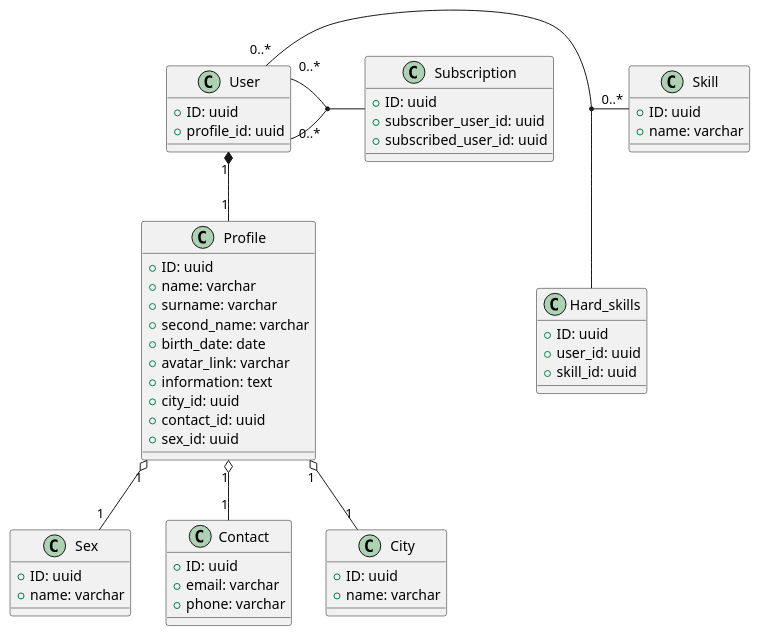
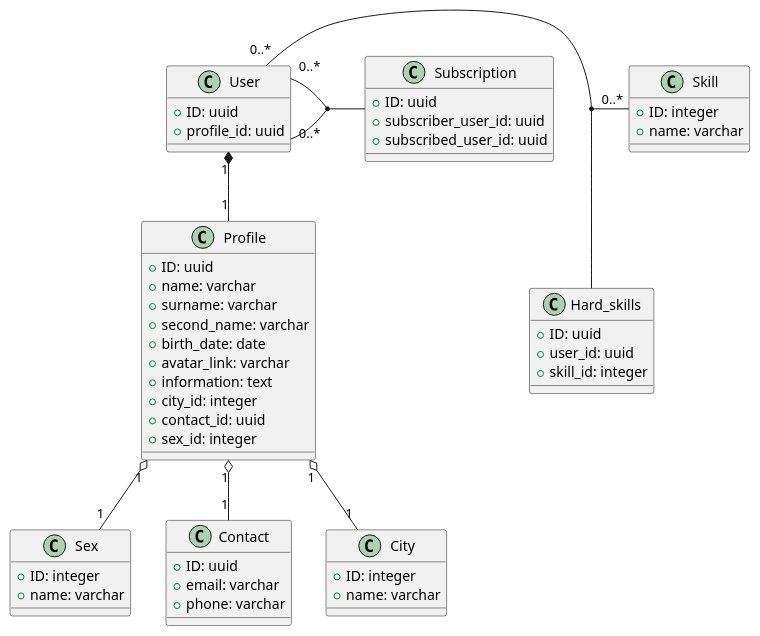
Before and after one commit to yamangulov/skillbox-simple-microservice: the diagram in domain.plantuml, drawn with PlantUML. The commit also changed 1 other file, not shown here.

```diff
--- a/domain.plantuml
+++ b/domain.plantuml
@@ -1,71 +1,71 @@
 @startuml
 
 class User {
   +ID: uuid
   +profile_id: uuid
 }
 
 class Profile {
   +ID: uuid
   +name: varchar
   +surname: varchar
   +second_name: varchar
   +birth_date: date
   +avatar_link: varchar
   +information: text
-  +city_id: uuid
+  +city_id: integer
   +contact_id: uuid
-  +sex_id: uuid
+  +sex_id: integer
 }
 
 class Sex {
-  +ID: uuid
+  +ID: integer
   +name: varchar
 }
 
 class Contact {
   +ID: uuid
   +email: varchar
   +phone: varchar
 }
 
 class Skill {
-  +ID: uuid
+  +ID: integer
   +name: varchar
 }
 
 class City {
-  +ID: uuid
+  +ID: integer
   +name: varchar
 }
 
 class Hard_skills {
   +ID: uuid
   +user_id: uuid
-  +skill_id: uuid
+  +skill_id: integer
 }
 
 class Subscription {
   +ID: uuid
   +subscriber_user_id: uuid
   +subscribed_user_id: uuid
 }
 
 User "1" *-- "1" Profile
 
 Profile "1" o-- "1" City
 
 Profile "1" o-- "1" Contact
 
 Profile "1" o-- "1" Sex
 
 User "0..*" - "0..*" Skill
 (User, Skill) -- Hard_skills
 
 User "0..*" - "0..*" User
 (User, User) -- Subscription
 
 
 
 
 @enduml
```
